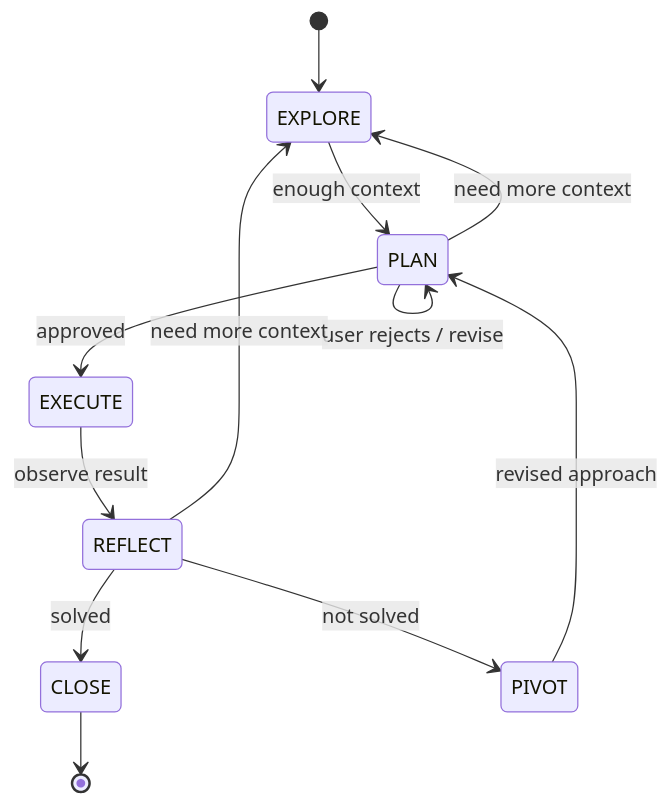
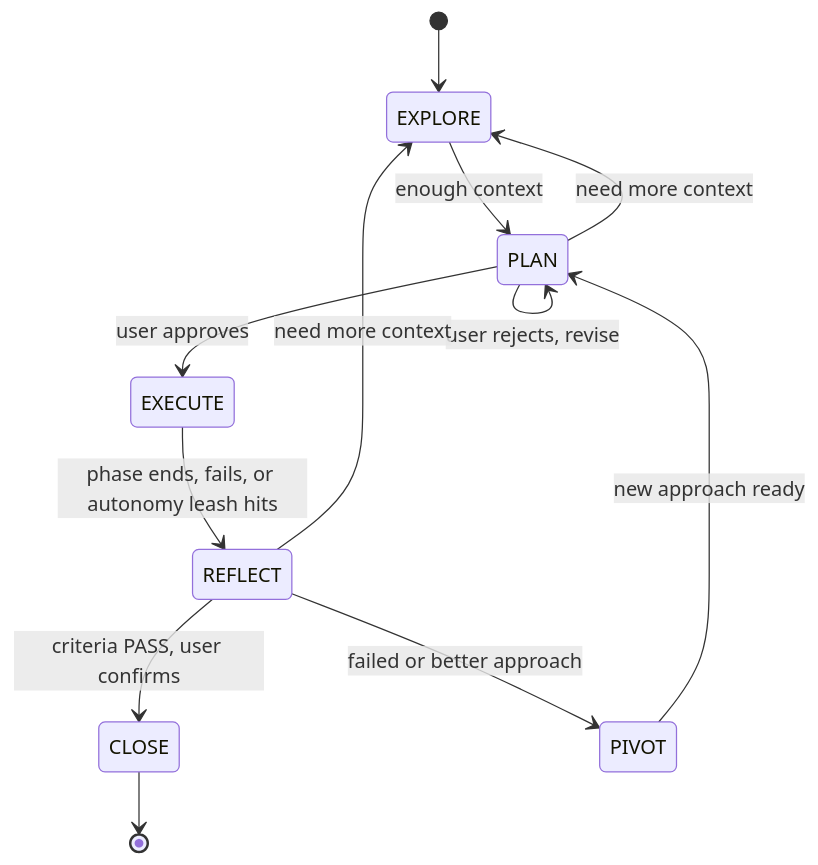
One commit to NikolasMarkou/iterative-planner changed the diagram in README.md. Above: the diagram before and after it, drawn with Mermaid. The commit also changed other lines of this file, not shown here.

````diff
--- a/README.md
+++ b/README.md
@@ -65,14 +101,14 @@
 ```mermaid
 stateDiagram-v2
     [*] --> EXPLORE
     EXPLORE --> PLAN : enough context
     PLAN --> EXPLORE : need more context
-    PLAN --> PLAN : user rejects / revise
-    PLAN --> EXECUTE : approved
-    EXECUTE --> REFLECT : observe result
+    PLAN --> PLAN : user rejects, revise
+    PLAN --> EXECUTE : user approves
+    EXECUTE --> REFLECT : phase ends, fails, or autonomy leash hits
+    REFLECT --> CLOSE : criteria PASS, user confirms
+    REFLECT --> PIVOT : failed or better approach
     REFLECT --> EXPLORE : need more context
-    REFLECT --> CLOSE : solved
-    REFLECT --> PIVOT : not solved
-    PIVOT --> PLAN : revised approach
+    PIVOT --> PLAN : new approach ready
     CLOSE --> [*]
 ```
````
